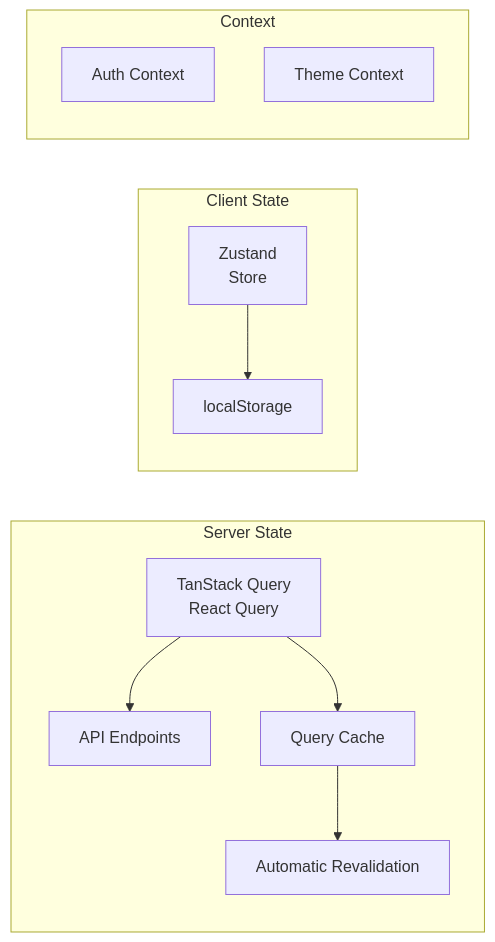
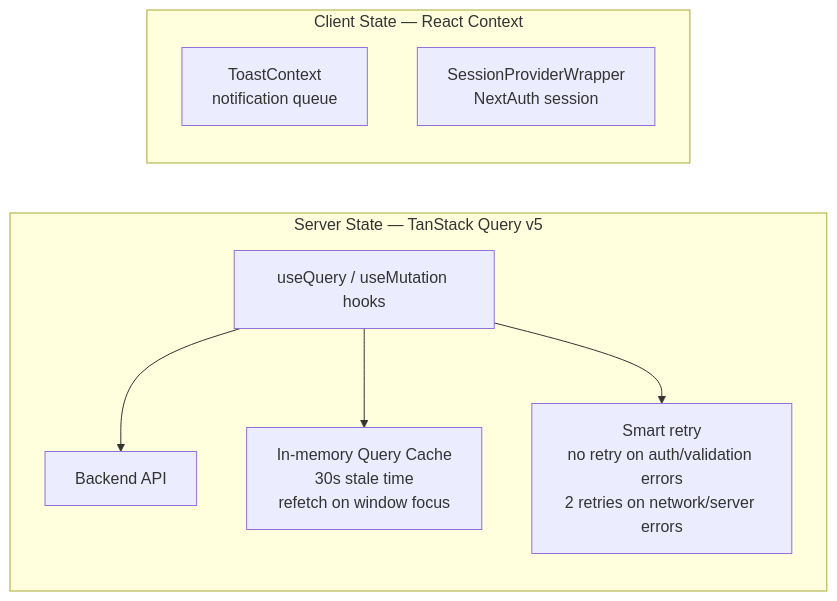
One commit to doitsu2014/crypto-pocket-butler changed the ninth of 12 diagrams in docs/architecture/02-web-frontend.md. Above: the diagram before and after it, drawn with Mermaid. The commit also changed other lines of this file and 28 other files, not shown here.

Commit message:
Add project documentation templates and enhance architecture documentation (#183)

````diff
--- a/docs/architecture/02-web-frontend.md
+++ b/docs/architecture/02-web-frontend.md
@@ -137,25 +247,18 @@
 ```mermaid
 graph LR
-    subgraph "Server State"
-        RQ[TanStack Query<br/>React Query]
-        API[API Endpoints]
-        Cache[Query Cache]
-        Revalidate[Automatic Revalidation]
+    subgraph "Server State — TanStack Query v5"
+        RQ[useQuery / useMutation hooks]
+        API[Backend API]
+        Cache[In-memory Query Cache\n30s stale time\nrefetch on window focus]
+        Retry[Smart retry\nno retry on auth/validation errors\n2 retries on network/server errors]
     end
-    
-    subgraph "Client State"
-        Z[Zustand<br/>Store]
-        L[localStorage]
+
+    subgraph "Client State — React Context"
+        Toast[ToastContext\nnotification queue]
+        Session[SessionProviderWrapper\nNextAuth session]
     end
-    
-    subgraph "Context"
-        Auth[Auth Context]
-        Theme[Theme Context]
-    end
-    
+
     RQ --> API
     RQ --> Cache
-    Cache --> Revalidate
-    
-    Z --> L
+    RQ --> Retry
 ```
````
